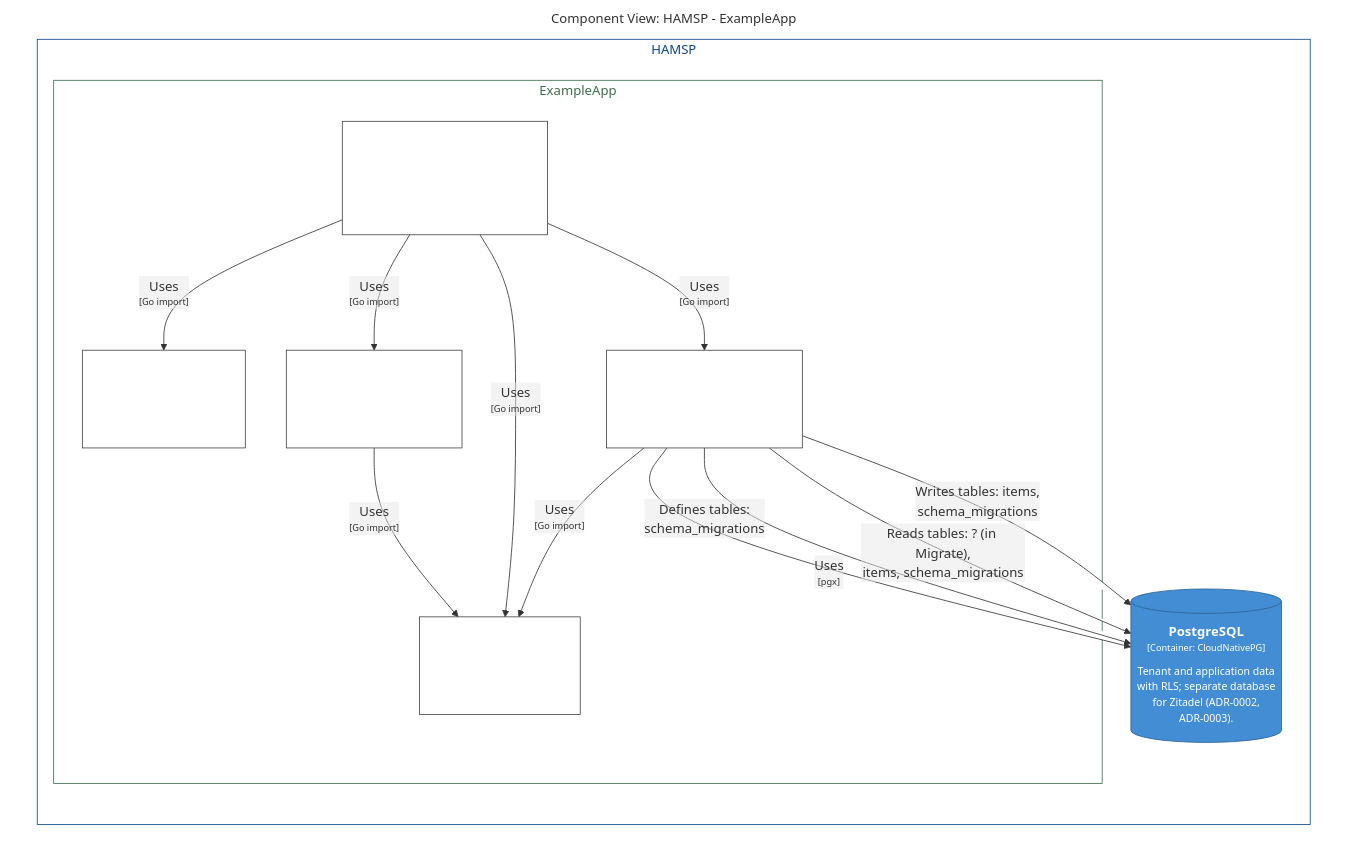
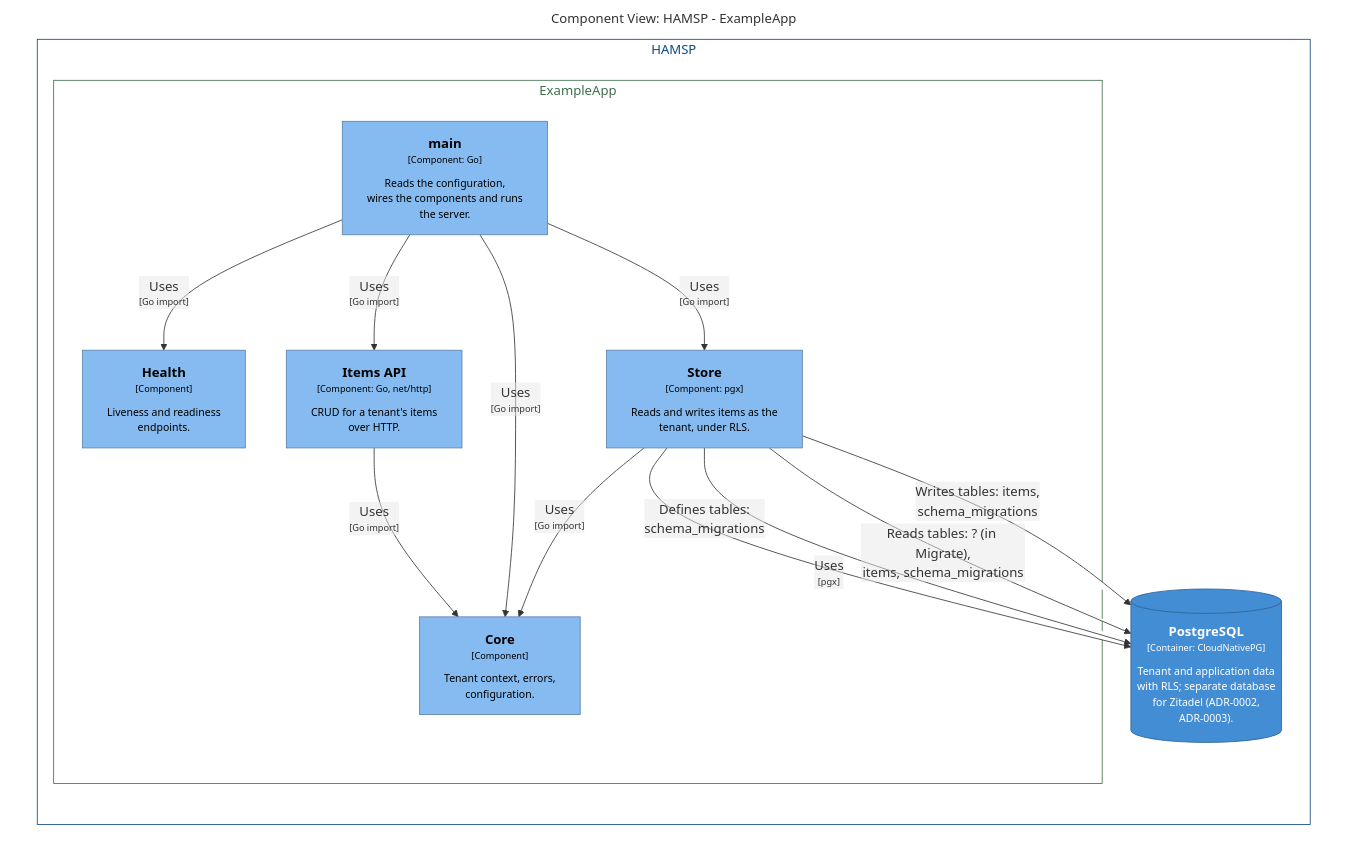
The sixth of 6 diagrams in docs/architecture/c4/README.md (maksimillian1/ha-multitenant-saas-platform), drawn with Mermaid before and after one commit. The commit also changed other lines of this file and 2 other files, not shown here.

````diff
--- a/docs/architecture/c4/README.md
+++ b/docs/architecture/c4/README.md
@@ -284,42 +284,42 @@
 ```mermaid
 graph LR
   linkStyle default fill:#ffffff
 
   subgraph diagram ["Component View: HAMSP - ExampleApp"]
     style diagram fill:#ffffff,stroke:#ffffff
 
     subgraph 4 ["HAMSP"]
       style 4 fill:#ffffff,stroke:#0b4884,color:#0b4884
 
       subgraph 10 ["ExampleApp"]
         style 10 fill:#ffffff,stroke:#3e6e4d,color:#3e6e4d
 
         101["<div style='font-weight: bold'>Core</div><div style='font-size: 70%; margin-top: 0px'>[Component]</div><div style='font-size: 80%; margin-top:10px'>Tenant context, errors,<br />configuration.</div>"]
-        style 101 fill:#ffffff,stroke:#444444,color:#ffffff
+        style 101 fill:#85bbf0,stroke:#5d82a8,color:#000000
         102["<div style='font-weight: bold'>Health</div><div style='font-size: 70%; margin-top: 0px'>[Component]</div><div style='font-size: 80%; margin-top:10px'>Liveness and readiness<br />endpoints.</div>"]
-        style 102 fill:#ffffff,stroke:#444444,color:#ffffff
+        style 102 fill:#85bbf0,stroke:#5d82a8,color:#000000
         103["<div style='font-weight: bold'>Items API</div><div style='font-size: 70%; margin-top: 0px'>[Component: Go, net/http]</div><div style='font-size: 80%; margin-top:10px'>CRUD for a tenant's items<br />over HTTP.</div>"]
-        style 103 fill:#ffffff,stroke:#444444,color:#ffffff
+        style 103 fill:#85bbf0,stroke:#5d82a8,color:#000000
         104["<div style='font-weight: bold'>main</div><div style='font-size: 70%; margin-top: 0px'>[Component: Go]</div><div style='font-size: 80%; margin-top:10px'>Reads the configuration,<br />wires the components and runs<br />the server.</div>"]
-        style 104 fill:#ffffff,stroke:#444444,color:#ffffff
+        style 104 fill:#85bbf0,stroke:#5d82a8,color:#000000
         105["<div style='font-weight: bold'>Store</div><div style='font-size: 70%; margin-top: 0px'>[Component: pgx]</div><div style='font-size: 80%; margin-top:10px'>Reads and writes items as the<br />tenant, under RLS.</div>"]
-        style 105 fill:#ffffff,stroke:#444444,color:#ffffff
+        style 105 fill:#85bbf0,stroke:#5d82a8,color:#000000
       end
 
       17[("<div style='font-weight: bold'>PostgreSQL</div><div style='font-size: 70%; margin-top: 0px'>[Container: CloudNativePG]</div><div style='font-size: 80%; margin-top:10px'>Tenant and application data<br />with RLS; separate database<br />for Zitadel (ADR-0002,<br />ADR-0003).</div>")]
       style 17 fill:#438dd5,stroke:#2e6295,color:#ffffff
     end
 
     103-- "<div>Uses</div><div style='font-size: 70%'>[Go import]</div>" -->101
     104-- "<div>Uses</div><div style='font-size: 70%'>[Go import]</div>" -->101
     104-- "<div>Uses</div><div style='font-size: 70%'>[Go import]</div>" -->102
     104-- "<div>Uses</div><div style='font-size: 70%'>[Go import]</div>" -->103
     104-- "<div>Uses</div><div style='font-size: 70%'>[Go import]</div>" -->105
     105-- "<div>Uses</div><div style='font-size: 70%'>[Go import]</div>" -->101
     105-- "<div>Uses</div><div style='font-size: 70%'>[pgx]</div>" -->17
     105-- "<div>Defines tables:<br />schema_migrations</div><div style='font-size: 70%'></div>" -->17
     105-- "<div>Reads tables: ? (in Migrate),<br />items, schema_migrations</div><div style='font-size: 70%'></div>" -->17
     105-- "<div>Writes tables: items,<br />schema_migrations</div><div style='font-size: 70%'></div>" -->17
 
   end
 ```
````
